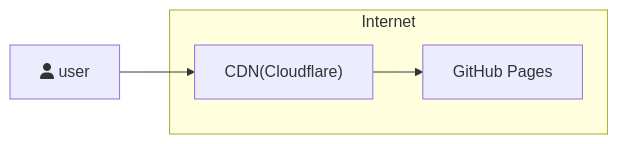
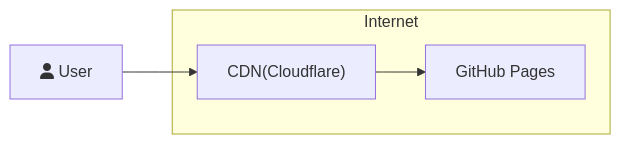
Before and after one commit to kyana0817/blog: the diagram in src/content/blog/このサイトの技術構成について.mdx, drawn with Mermaid. The commit also changed 1 other file, not shown here.

Commit message:
:tada: add favicon

````diff
--- a/src/content/blog/このサイトの技術構成について.mdx
+++ b/src/content/blog/このサイトの技術構成について.mdx
@@ -43,10 +43,10 @@
 ```mermaid
 graph LR
-    user[fa:fa-user user]
+    user[fa:fa-user User]
     cdn["CDN(Cloudflare)"]
     github[GitHub Pages]
     user --> cdn    
     subgraph Internet
         cdn --> github
     end
 ```
````
